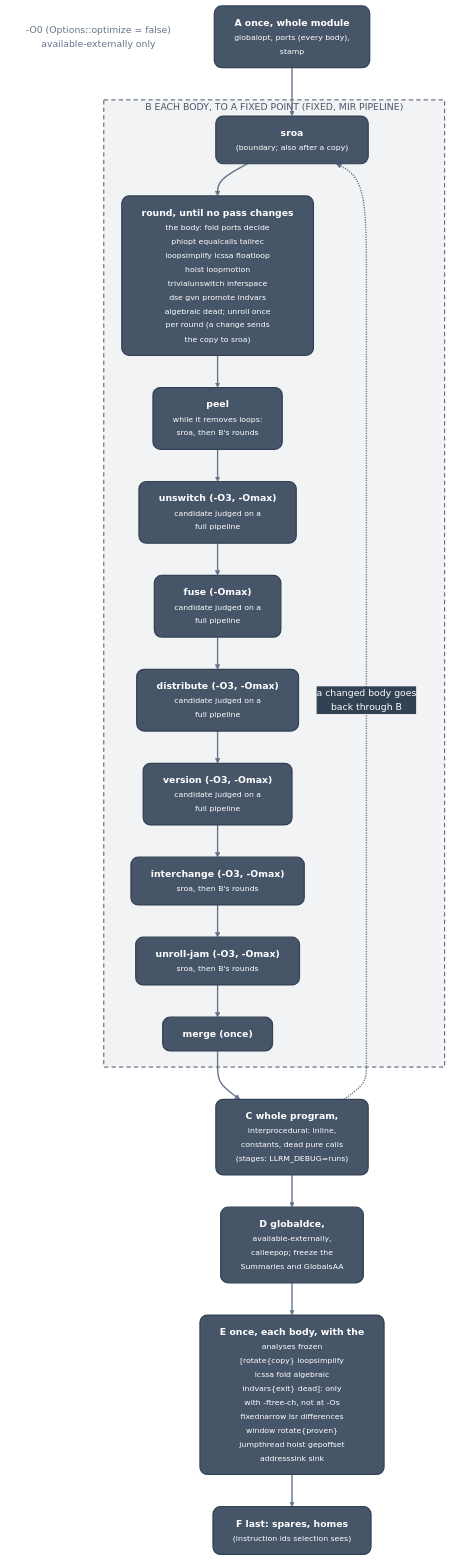
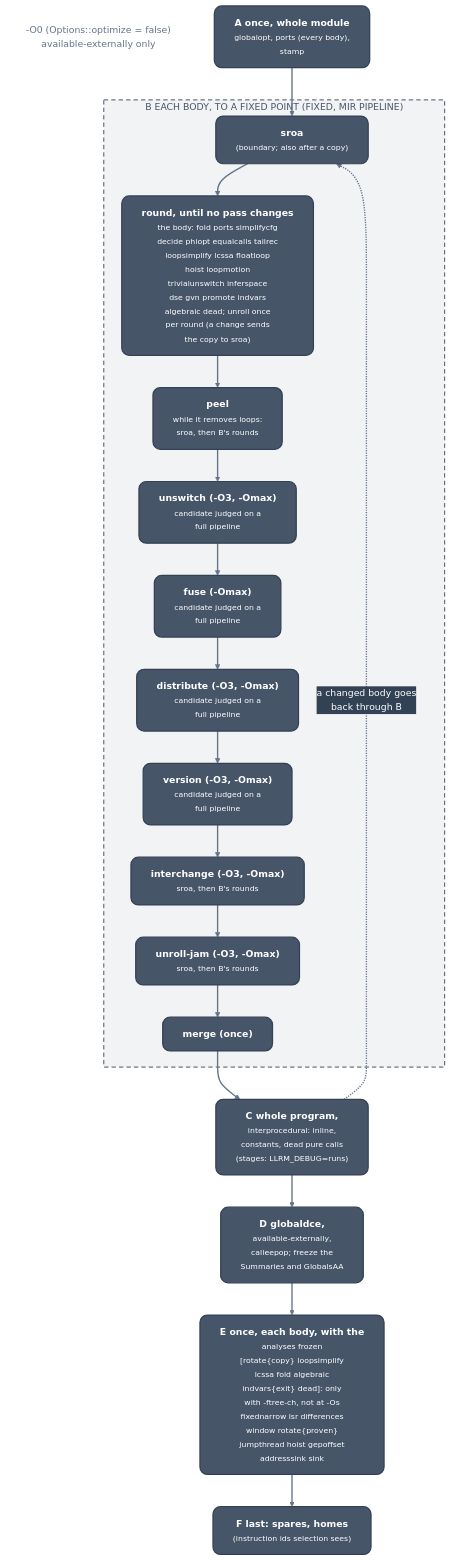
The diagram in docs/optimizations/passes/pipeline.md (ali-mosavian/llrm), drawn with Mermaid before and after one commit. The commit also changed other lines of this file and 9 other files, not shown here.

First line of the commit message:
perf(simplifycfg): terminators on a constant are folded before decide, decide's literal decisions 2,464 to 153

````diff
--- a/docs/optimizations/passes/pipeline.md
+++ b/docs/optimizations/passes/pipeline.md
@@ -22,41 +22,41 @@
 ```mermaid
 %%{init: {'theme':'base','themeVariables':{'fontFamily':'Segoe UI, Helvetica Neue, Arial, DejaVu Sans, sans-serif','fontSize':'15px','primaryColor':'#475569','primaryTextColor':'#ffffff','primaryBorderColor':'#334155','lineColor':'#64748b','secondaryColor':'#475569','tertiaryColor':'transparent','clusterBkg':'transparent','clusterBorder':'#64748b','edgeLabelBackground':'#334155','textColor':'#64748b','titleColor':'#64748b'},'flowchart':{'curve':'basis','nodeSpacing':38,'rankSpacing':52,'padding':16,'wrappingWidth':360,'htmlLabels':true,'useMaxWidth':true}}}%%
 flowchart TB
   classDef mid fill:#475569,stroke:#334155,stroke-width:2px,color:#ffffff,rx:12px,ry:12px
   classDef note fill:transparent,stroke:transparent,color:#64748b
   linkStyle default stroke:#64748b,stroke-width:2.2px
   o0["-O0 (Options::optimize = false)<br/>available-externally only"]:::note
   a["<b>A  once, whole module</b><br/><small>globalopt, ports (every body),<br/>stamp</small>"]:::mid
   subgraph g_b["B  EACH BODY, TO A FIXED POINT (FIXED, MIR PIPELINE)"]
     sroa["<b>sroa</b><br/><small>(boundary#59; also after a copy)</small>"]:::mid
-    rnd["<b>round, until no pass changes</b><br/><small>the body: fold ports decide<br/>phiopt equalcalls tailrec<br/>loopsimplify lcssa floatloop<br/>hoist loopmotion<br/>trivialunswitch inferspace<br/>dse gvn promote indvars<br/>algebraic dead#59; unroll once<br/>per round (a change sends<br/>the copy to sroa)</small>"]:::mid
+    rnd["<b>round, until no pass changes</b><br/><small>the body: fold ports simplifycfg<br/>decide phiopt equalcalls tailrec<br/>loopsimplify lcssa floatloop<br/>hoist loopmotion<br/>trivialunswitch inferspace<br/>dse gvn promote indvars<br/>algebraic dead#59; unroll once<br/>per round (a change sends<br/>the copy to sroa)</small>"]:::mid
     peel["<b>peel</b><br/><small>while it removes loops:<br/>sroa, then B's rounds</small>"]:::mid
     unsw["<b>unswitch (-O3, -Omax)</b><br/><small>candidate judged on a<br/>full pipeline</small>"]:::mid
     dist["<b>distribute (-O3, -Omax)</b><br/><small>candidate judged on a<br/>full pipeline</small>"]:::mid
     ver["<b>version (-O3, -Omax)</b><br/><small>candidate judged on a<br/>full pipeline</small>"]:::mid
     fuse["<b>fuse (-Omax)</b><br/><small>candidate judged on a<br/>full pipeline</small>"]:::mid
     swap["<b>interchange (-O3, -Omax)</b><br/><small>sroa, then B's rounds</small>"]:::mid
     jam["<b>unroll-jam (-O3, -Omax)</b><br/><small>sroa, then B's rounds</small>"]:::mid
     mrg["<b>merge (once)</b>"]:::mid
   end
   c["<b>C  whole program,</b><br/><small>interprocedural: inline,<br/>constants, dead pure calls<br/>(stages: LLRM_DEBUG=runs)</small>"]:::mid
   d["<b>D  globaldce,</b><br/><small>available-externally,<br/>calleepop#59; freeze the<br/>Summaries and GlobalsAA</small>"]:::mid
   e["<b>E  once, each body, with the</b><br/><small>analyses frozen<br/>[rotate#123;copy#125; loopsimplify<br/>lcssa fold algebraic<br/>indvars#123;exit#125; dead]: only<br/>with -ftree-ch, not at -Os<br/>fixednarrow lsr differences<br/>window rotate#123;proven#125;<br/>jumpthread hoist gepoffset<br/>addresssink sink</small>"]:::mid
   f["<b>F  last: spares, homes</b><br/><small>(instruction ids selection sees)</small>"]:::mid
   a --> sroa
   sroa --> rnd
   rnd --> peel
   peel --> unsw
   unsw --> fuse
   fuse --> dist
   dist --> ver
   ver --> swap
   swap --> jam
   jam --> mrg
   mrg --> c
   c -.->|"a changed body goes<br/>back through B"| sroa
   c --> d
   d --> e
   e --> f
   style g_b fill:#47556912,stroke:#475569,stroke-width:1.6px,stroke-dasharray:7 5,color:#475569
 ```
````
